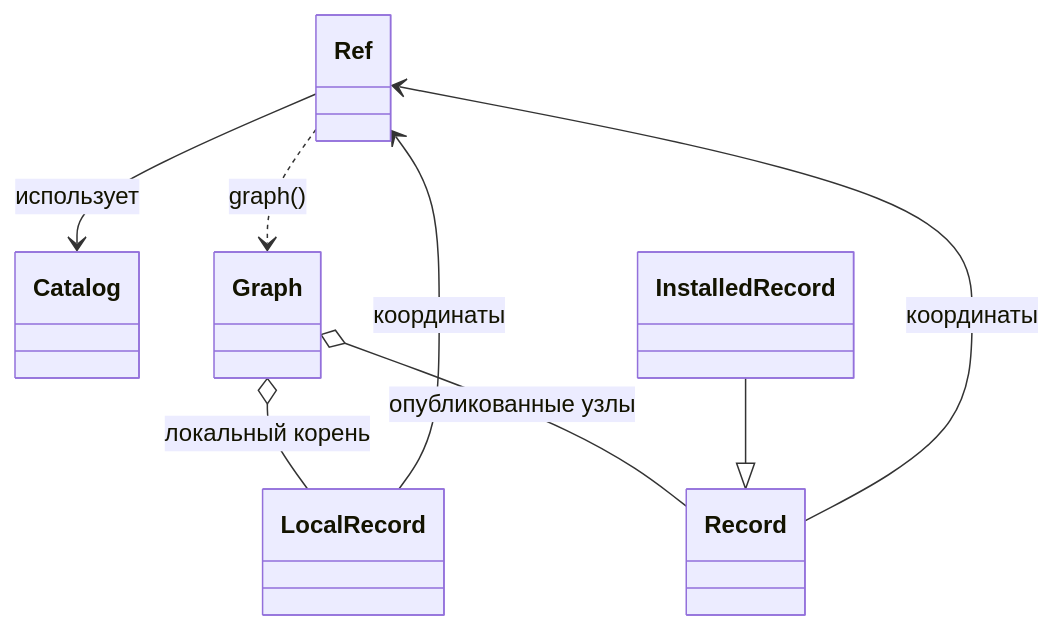
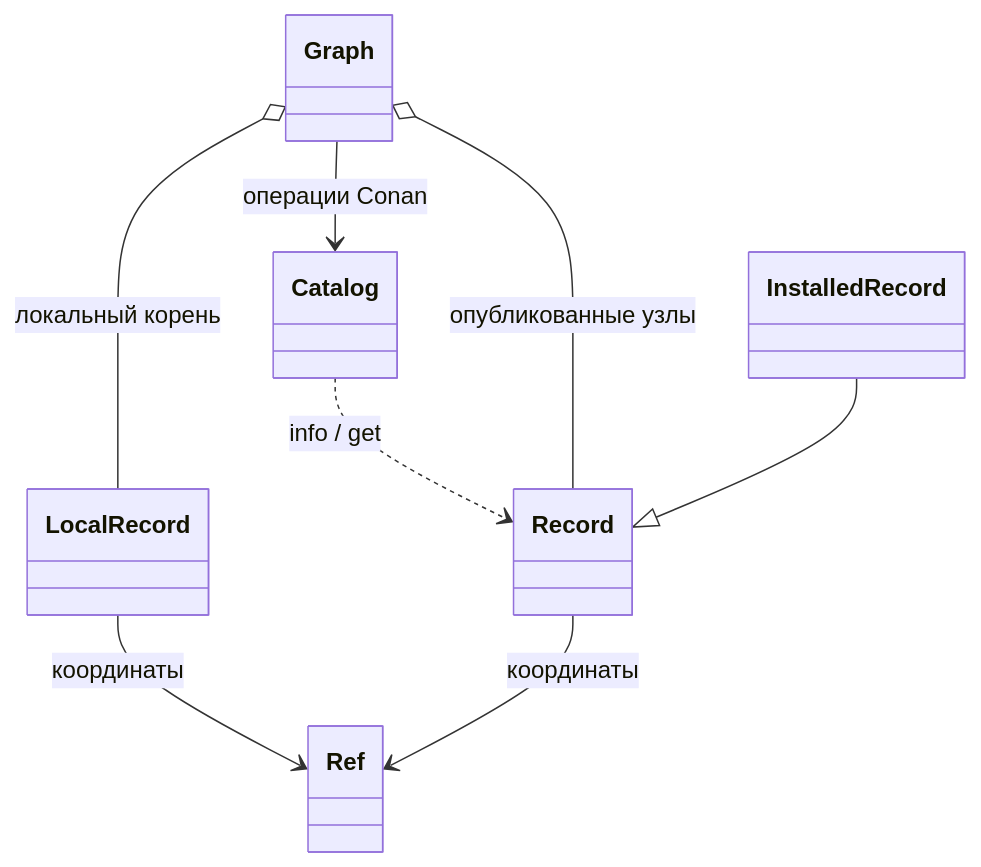
Before and after one commit to Bigyin1/CoreRef: the diagram in docs/interfaces.md, drawn with Mermaid. The commit also changed other lines of this file and 52 other files, not shown here.

````diff
--- a/docs/interfaces.md
+++ b/docs/interfaces.md
@@ -49,10 +49,10 @@
 ```mermaid
 classDiagram
-    Ref --> Catalog : использует
-    Ref ..> Graph : graph()
+    Catalog ..> Record : info / get
+    Graph --> Catalog : операции Conan
     Graph o-- LocalRecord : локальный корень
     Graph o-- Record : опубликованные узлы
     LocalRecord --> Ref : координаты
     Record --> Ref : координаты
     InstalledRecord --|> Record
 ```
````
